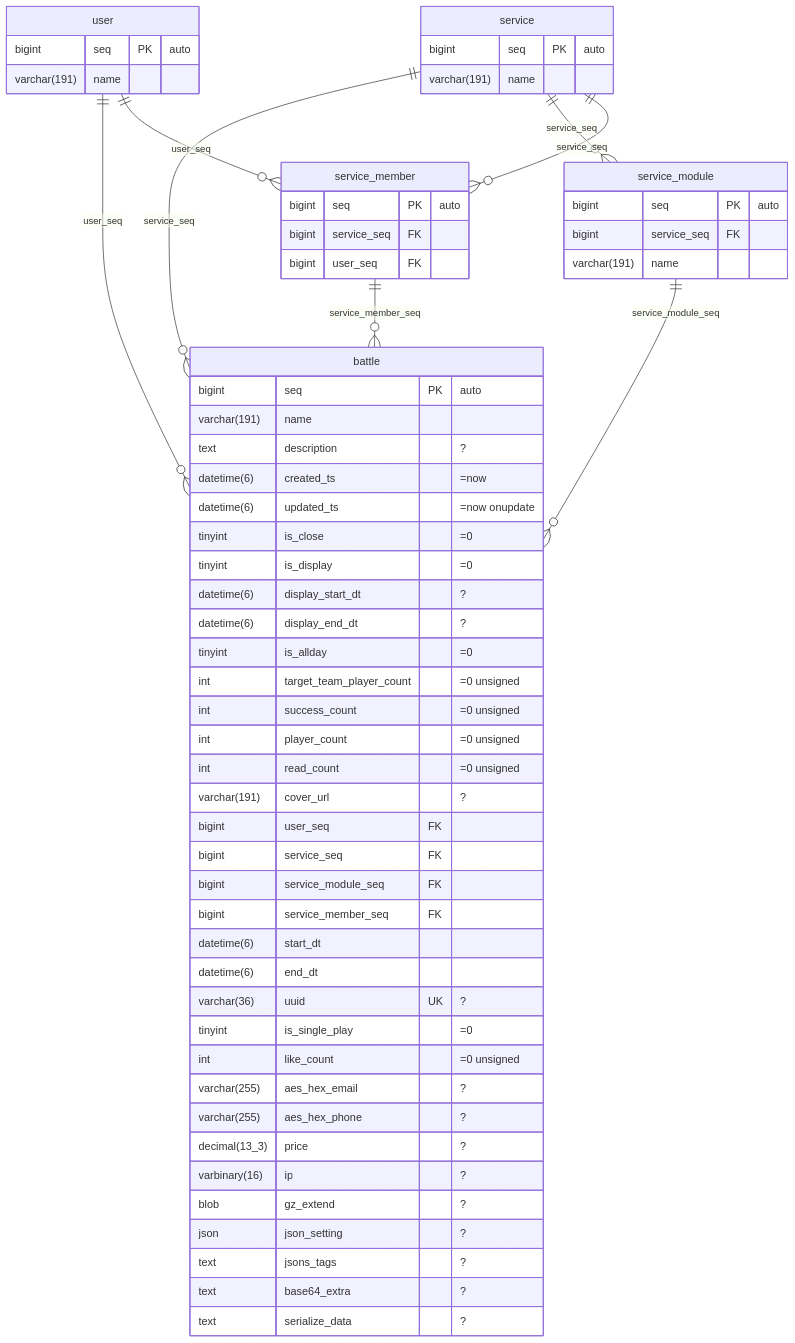
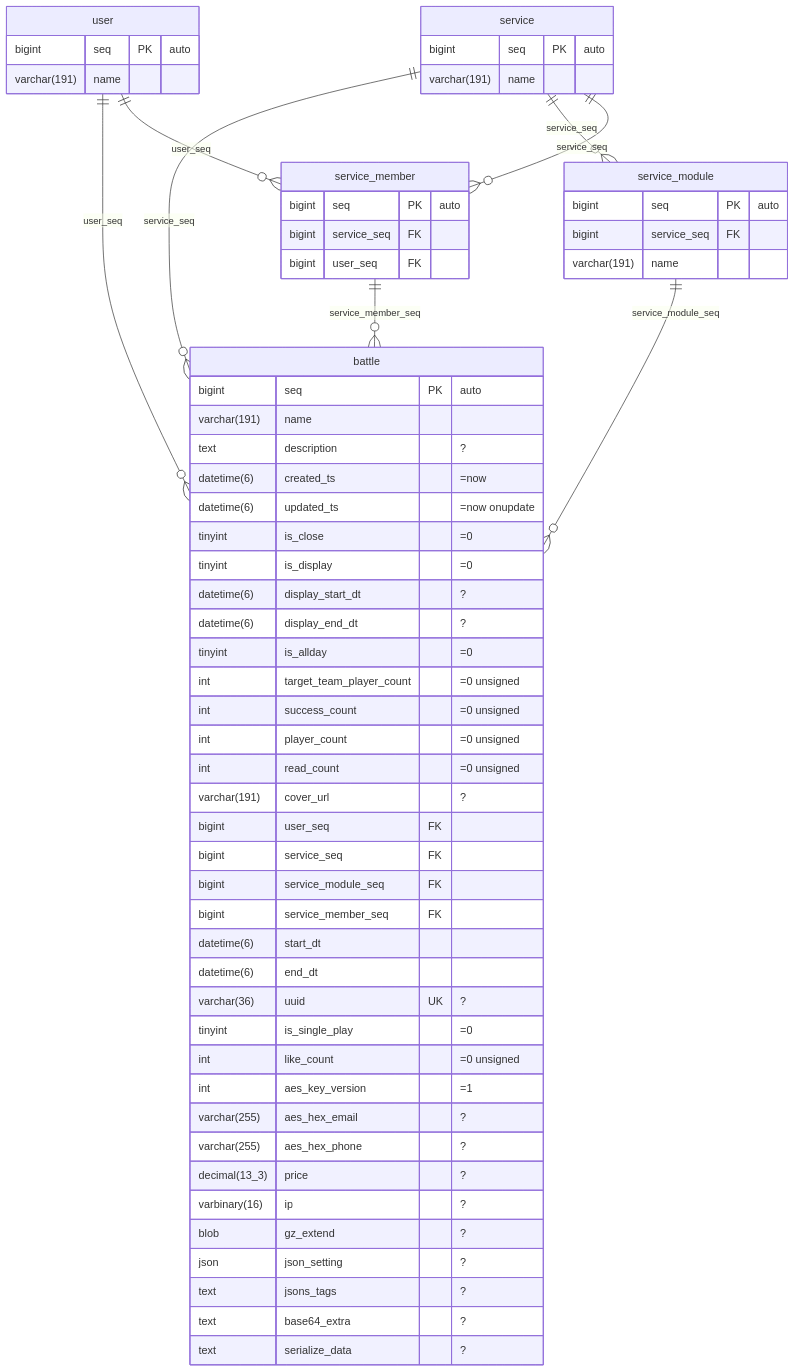
Before and after one commit to polyspec/orm: the diagram in schema/bench.mmd, drawn with Mermaid. The commit also changed 30 other files, not shown here.

Commit message:
feat: require AES key version columns

```diff
--- a/schema/bench.mmd
+++ b/schema/bench.mmd
@@ -1,70 +1,71 @@
 erDiagram
   battle {
     bigint        seq                      PK  "auto"
     varchar(191)  name
     text          description                  "?"
     datetime(6)   created_ts                   "=now"
     datetime(6)   updated_ts                   "=now onupdate"
     tinyint       is_close                     "=0"
     tinyint       is_display                   "=0"
     datetime(6)   display_start_dt             "?"
     datetime(6)   display_end_dt               "?"
     tinyint       is_allday                    "=0"
     int           target_team_player_count     "=0 unsigned"
     int           success_count                "=0 unsigned"
     int           player_count                 "=0 unsigned"
     int           read_count                   "=0 unsigned"
     varchar(191)  cover_url                    "?"
     bigint        user_seq                 FK
     bigint        service_seq              FK
     bigint        service_module_seq       FK
     bigint        service_member_seq       FK
     datetime(6)   start_dt
     datetime(6)   end_dt
     varchar(36)   uuid                     UK  "?"
     tinyint       is_single_play               "=0"
     int           like_count                   "=0 unsigned"
+    int           aes_key_version              "=1"
     varchar(255)  aes_hex_email                "?"
     varchar(255)  aes_hex_phone                "?"
     decimal(13_3) price                        "?"
     varbinary(16) ip                           "?"
     blob          gz_extend                    "?"
     json          json_setting                 "?"
     text          jsons_tags                   "?"
     text          base64_extra                 "?"
     text          serialize_data               "?"
   }
   user {
     bigint        seq   PK "auto"
     varchar(191)  name
   }
   service {
     bigint        seq   PK "auto"
     varchar(191)  name
   }
   service_module {
     bigint        seq   PK "auto"
     bigint        service_seq FK
     varchar(191)  name
   }
   service_member {
     bigint        seq   PK "auto"
     bigint        service_seq FK
     bigint        user_seq    FK
   }
 
   user           ||--o{ battle         : user_seq
   service        ||--o{ battle         : service_seq
   service_module ||--o{ battle         : service_module_seq
   service_member ||--o{ battle         : service_member_seq
   service        ||--o{ service_module : service_seq
   service        ||--o{ service_member : service_seq
   user           ||--o{ service_member : user_seq
 
   %% index battle (service_module_seq, is_close, is_display, is_allday) ik
   %% index battle (service_seq, is_close) ix_service
   %% index battle (user_seq, is_close) ix_user
   %% scope battle service_seq
   %% fulltext battle (name, description)
   %% predicate battle visible : `is_close` = FALSE AND `is_display` = TRUE
   %% predicate battle started_after : `start_dt` > ?
```
